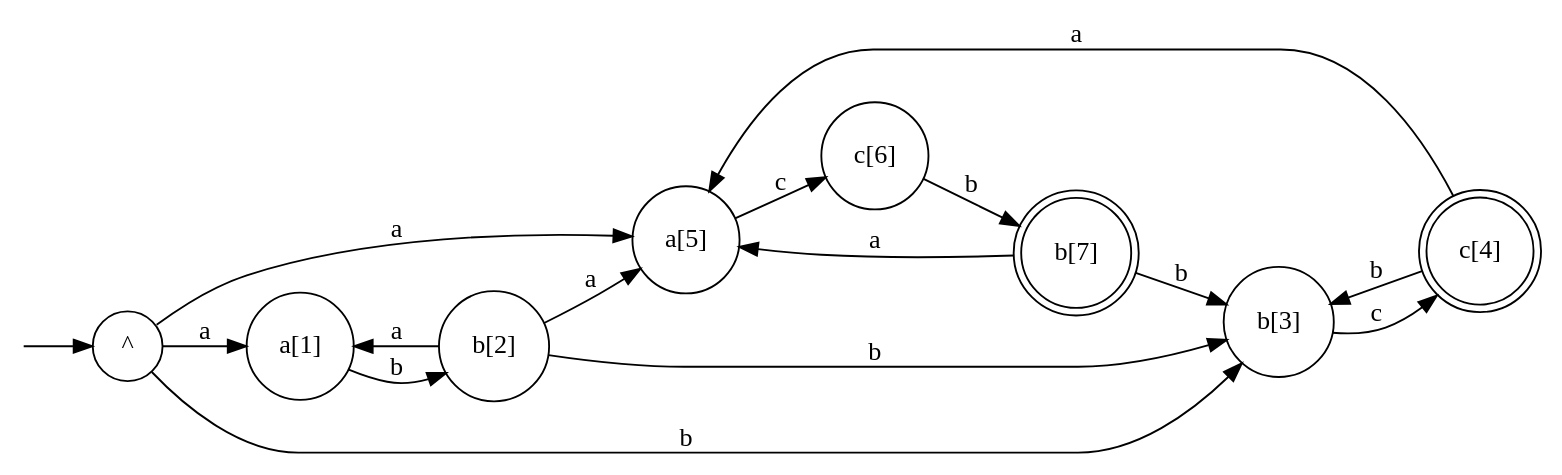
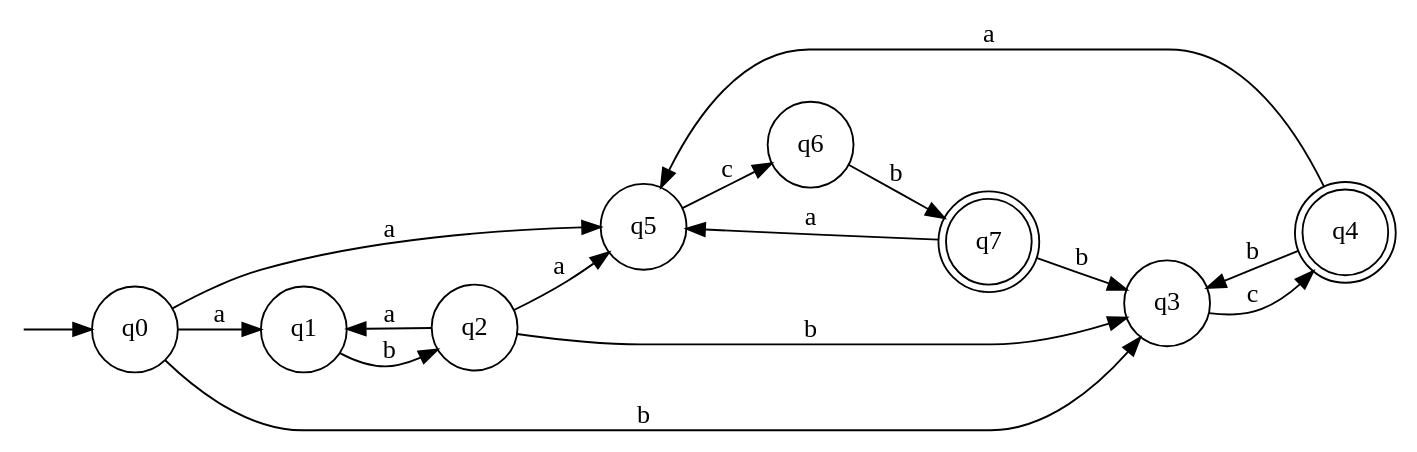
The diagram in nfa.dot (water-mizuu/finite_automata_conversion), drawn with Graphviz before and after one commit. The commit also changed 9 other files, not shown here.

```diff
--- a/nfa.dot
+++ b/nfa.dot
@@ -1,27 +1,27 @@
 digraph G {
   rankdir=LR;
   n__ [label="" shape=none width=.0];
-  0 [shape=circle label="^"];
-  1 [shape=circle label="a[1]"];
-  2 [shape=circle label="b[2]"];
-  3 [shape=circle label="b[3]"];
-  4 [shape=doublecircle label="c[4]"];
-  5 [shape=circle label="a[5]"];
-  6 [shape=circle label="c[6]"];
-  7 [shape=doublecircle label="b[7]"];
+  0 [shape=circle label="q0"];
+  1 [shape=circle label="q1"];
+  2 [shape=circle label="q2"];
+  3 [shape=circle label="q3"];
+  4 [shape=doublecircle label="q4"];
+  5 [shape=circle label="q5"];
+  6 [shape=circle label="q6"];
+  7 [shape=doublecircle label="q7"];
   n__ -> 0;
   0 -> 1 [label="a"];
   0 -> 5 [label="a"];
   2 -> 1 [label="a"];
   2 -> 5 [label="a"];
   4 -> 5 [label="a"];
   7 -> 5 [label="a"];
   0 -> 3 [label="b"];
   1 -> 2 [label="b"];
   2 -> 3 [label="b"];
   4 -> 3 [label="b"];
   6 -> 7 [label="b"];
   7 -> 3 [label="b"];
   3 -> 4 [label="c"];
   5 -> 6 [label="c"];
 }
```
